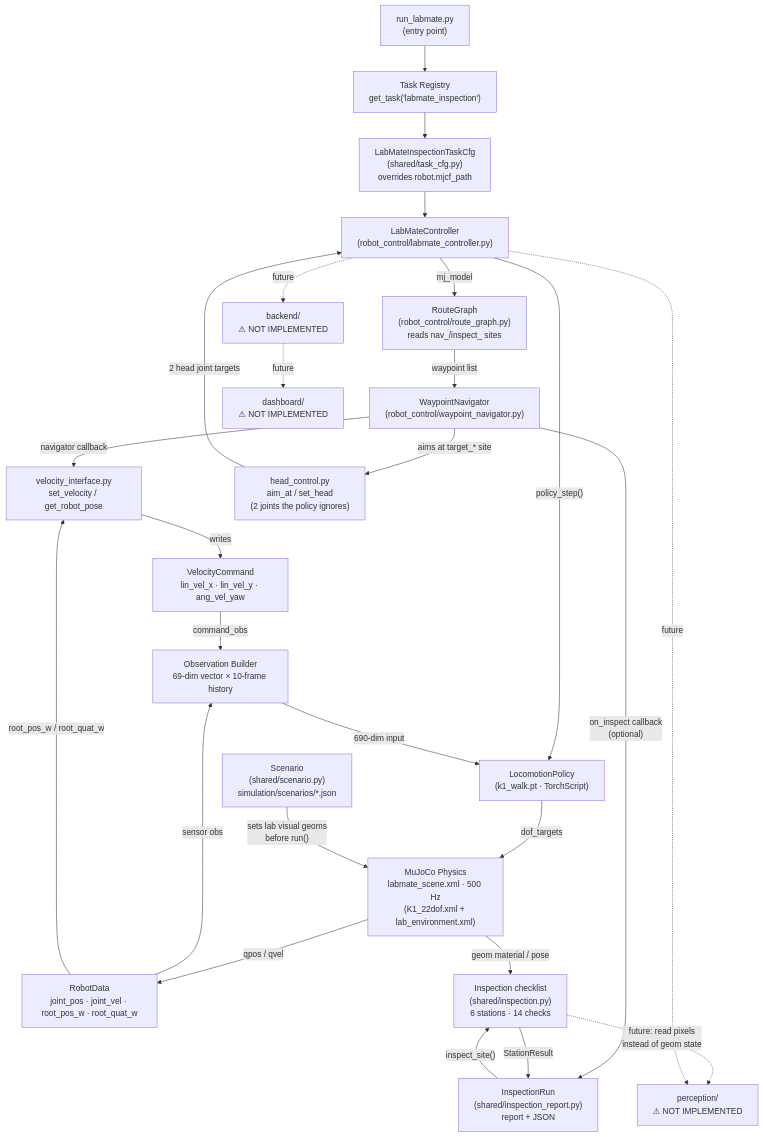
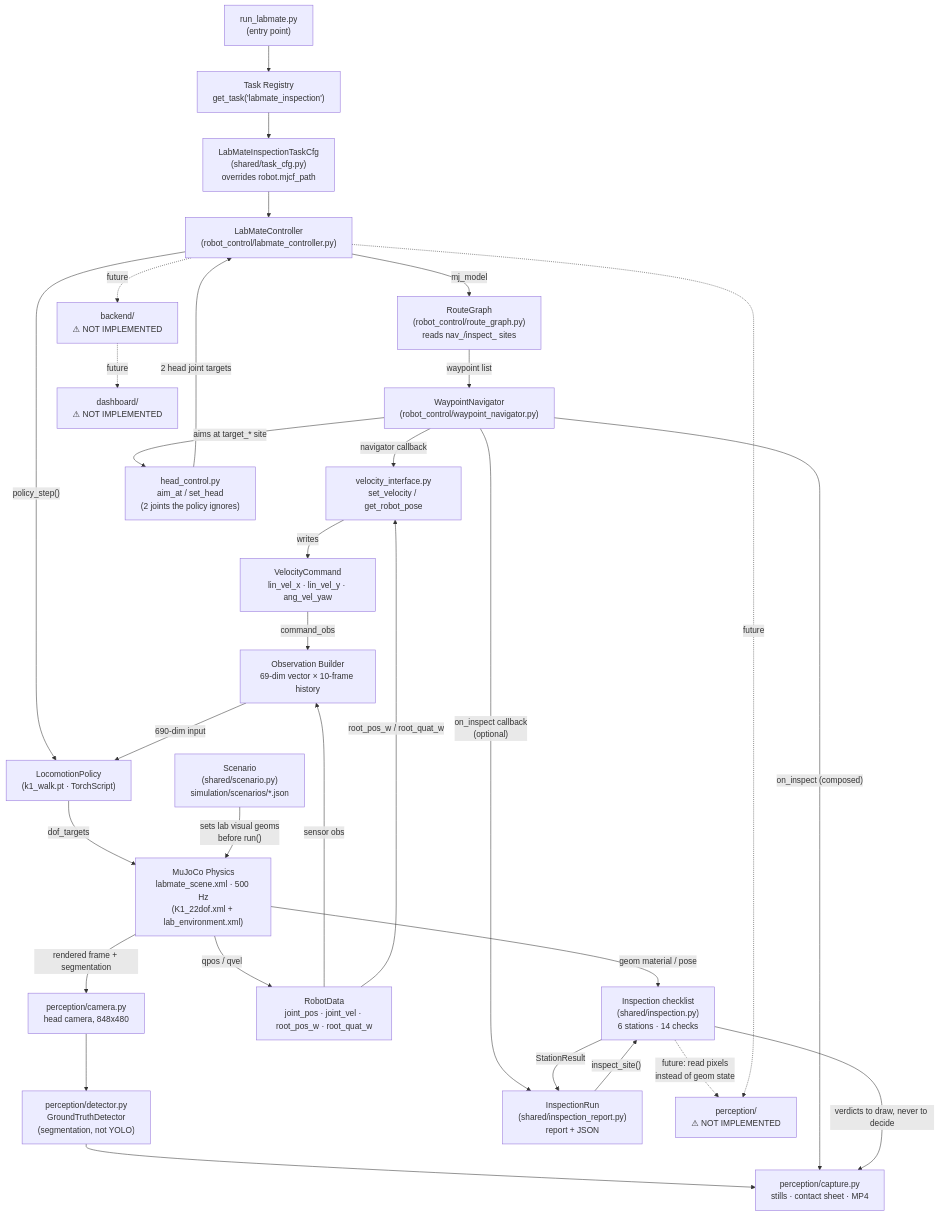
One commit to marcravel/labmate changed the diagram in README.md. Above: the diagram before and after it, drawn with Mermaid. The commit also changed other lines of this file and 12 other files, not shown here.

````diff
--- a/README.md
+++ b/README.md
@@ -40,48 +40,55 @@
 ```mermaid
 flowchart TD
     EP["run_labmate.py\n(entry point)"]
     REG["Task Registry\nget_task('labmate_inspection')"]
     CFG["LabMateInspectionTaskCfg\n(shared/task_cfg.py)\noverrides robot.mjcf_path"]
     LC["LabMateController\n(robot_control/labmate_controller.py)"]
     RG["RouteGraph\n(robot_control/route_graph.py)\nreads nav_/inspect_ sites"]
     WN["WaypointNavigator\n(robot_control/waypoint_navigator.py)"]
     VI["velocity_interface.py\nset_velocity / get_robot_pose"]
     HC["head_control.py\naim_at / set_head\n(2 joints the policy ignores)"]
+    CAM["perception/camera.py\nhead camera, 848x480"]
+    DET["perception/detector.py\nGroundTruthDetector\n(segmentation, not YOLO)"]
+    CAP["perception/capture.py\nstills · contact sheet · MP4"]
     VC["VelocityCommand\nlin_vel_x · lin_vel_y · ang_vel_yaw"]
     LP["LocomotionPolicy\n(k1_walk.pt · TorchScript)"]
     OBS["Observation Builder\n69-dim vector × 10-frame history"]
     MJ["MuJoCo Physics\nlabmate_scene.xml · 500 Hz\n(K1_22dof.xml + lab_environment.xml)"]
     RD["RobotData\njoint_pos · joint_vel · root_pos_w · root_quat_w"]
     SCN["Scenario\n(shared/scenario.py)\nsimulation/scenarios/*.json"]
     INS["Inspection checklist\n(shared/inspection.py)\n6 stations · 14 checks"]
     REP["InspectionRun\n(shared/inspection_report.py)\nreport + JSON"]
 
     PERC["perception/\n⚠ NOT IMPLEMENTED"]
     BACK["backend/\n⚠ NOT IMPLEMENTED"]
     DASH["dashboard/\n⚠ NOT IMPLEMENTED"]
 
     EP --> REG --> CFG --> LC
     LC -- "mj_model" --> RG
     RG -- "waypoint list" --> WN
     WN -- "navigator callback" --> VI
     WN -- "aims at target_* site" --> HC
     VI -- "writes" --> VC
     HC -- "2 head joint targets" --> LC
+    MJ -- "rendered frame + segmentation" --> CAM
+    CAM --> DET --> CAP
+    WN -- "on_inspect (composed)" --> CAP
+    INS -- "verdicts to draw, never to decide" --> CAP
     LC -- "policy_step()" --> LP
     VC -- "command_obs" --> OBS
     RD -- "sensor obs" --> OBS
     OBS -- "690-dim input" --> LP
     LP -- "dof_targets" --> MJ
     MJ -- "qpos / qvel" --> RD
     RD -- "root_pos_w / root_quat_w" --> VI
     SCN -- "sets lab visual geoms\nbefore run()" --> MJ
     WN -- "on_inspect callback\n(optional)" --> REP
     REP -- "inspect_site()" --> INS
     MJ -- "geom material / pose" --> INS
     INS -- "StationResult" --> REP
 
     INS -.->|"future: read pixels\ninstead of geom state"| PERC
     LC -.->|"future"| PERC
     LC -.->|"future"| BACK
     BACK -.->|"future"| DASH
 ```
````
